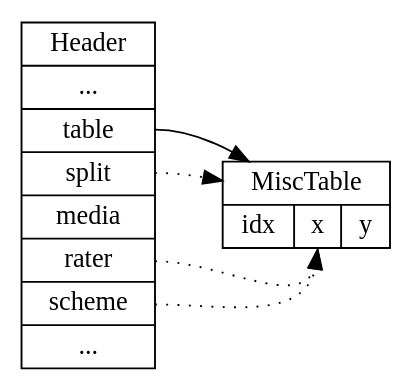
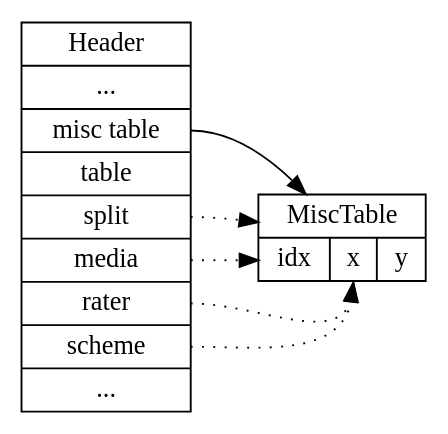
One commit to audeering/audformat changed the diagram in docs/pics/audformat-misc-table.dot. Above: the diagram before and after it, drawn with Graphviz. The commit also changed 2 other files, not shown here.

```diff
--- a/docs/pics/audformat-misc-table.dot
+++ b/docs/pics/audformat-misc-table.dot
@@ -1,14 +1,15 @@
 digraph structs {
 
     rankdir=LR
     node[shape=record]
 
-    header [label="Header | ... | <table> table | <split> split | media | <rater> rater | <scheme> scheme | ... "]
-    table [label="MiscTable | { idx | <column> x | y }"]
+    header [label="Header | ... | <misctable> misc table | <table> table | <split> split | <media> media | <rater> rater | <scheme> scheme | ... "]
+    table [label="MiscTable | { <idx> idx | <column> x | y }"]
 
     header:split -> table [style="dotted"]
+    header:media -> table:idx [style="dotted"]
     header:rater -> table:column [style="dotted"]
     header:scheme -> table:column [style="dotted"]
-    header:table -> table
+    header:misctable -> table
 
 }
```
